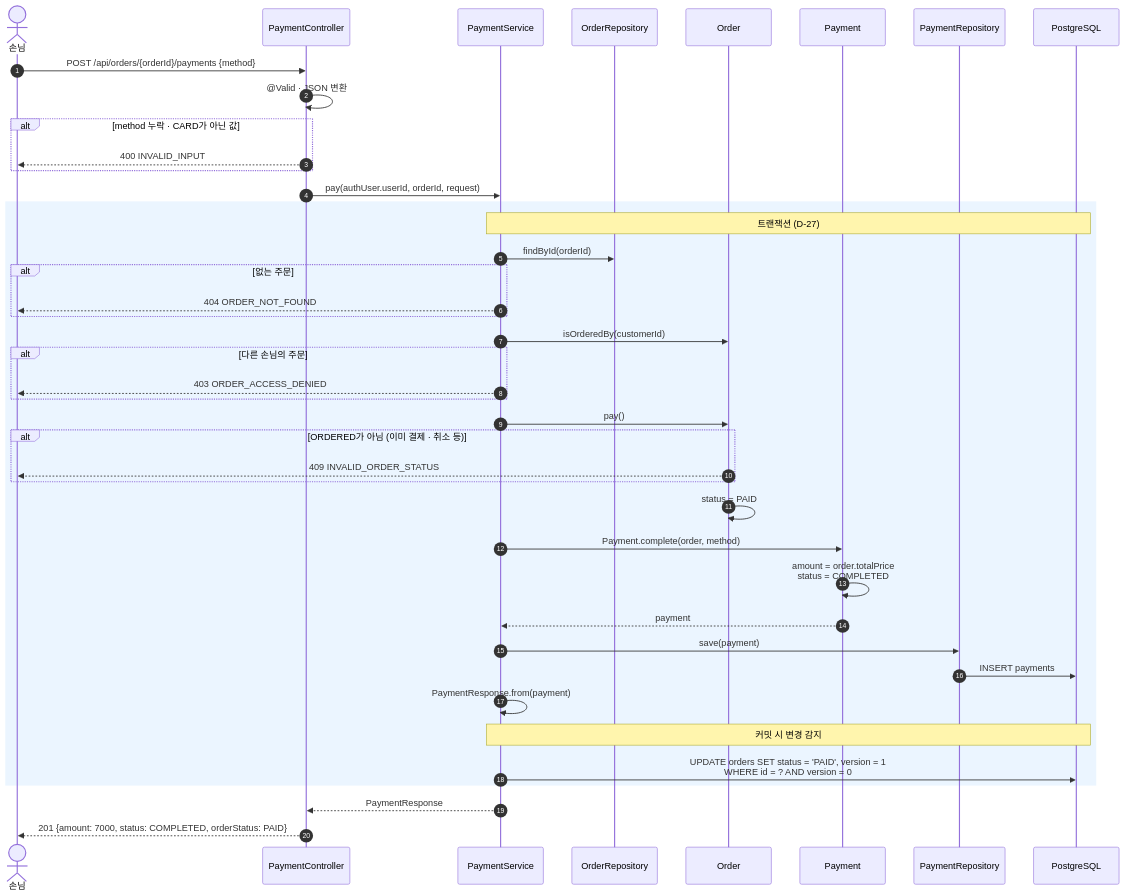
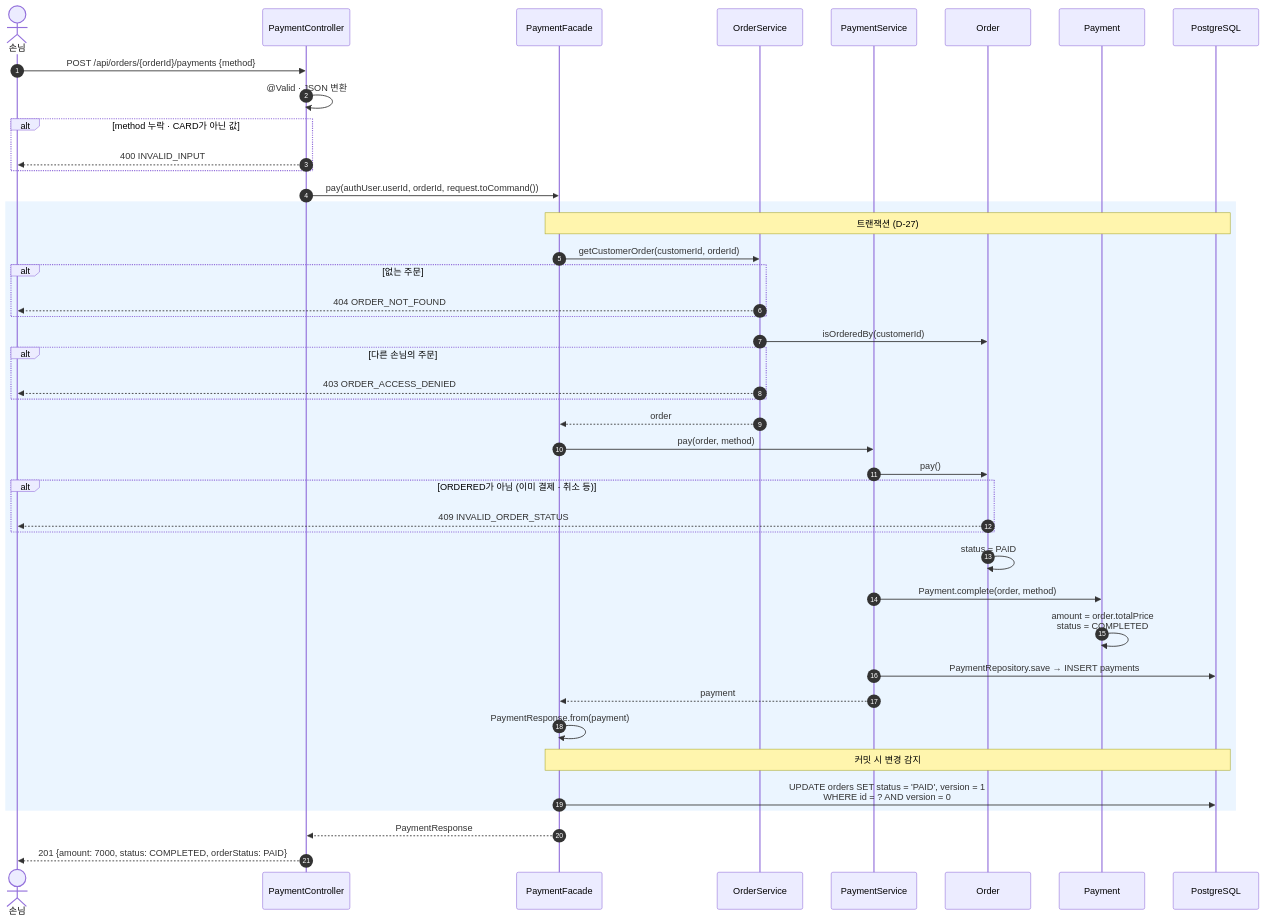
Before and after one commit to dd-jiny/delivery-order-backend: the fifth of 6 diagrams in docs/design/05-sequence-diagram.md, drawn with Mermaid. The commit also changed other lines of this file and 39 other files, not shown here.

First line of the commit message:
refactor: 4계층 구조 정리 (Repository 분리, Facade 도입, DTO·enum 경계 정리)

````diff
--- a/docs/design/05-sequence-diagram.md
+++ b/docs/design/05-sequence-diagram.md
@@ -208,47 +219,48 @@
 ```mermaid
 sequenceDiagram
     autonumber
     actor U as 손님
     participant C as PaymentController
-    participant S as PaymentService
-    participant OR as OrderRepository
+    participant FA as PaymentFacade
+    participant OS as OrderService
+    participant PS as PaymentService
     participant O as Order
     participant P as Payment
-    participant PR as PaymentRepository
     participant DB as PostgreSQL
 
     U->>C: POST /api/orders/{orderId}/payments {method}
     C->>C: @Valid · JSON 변환
     alt method 누락 · CARD가 아닌 값
         C-->>U: 400 INVALID_INPUT
     end
-    C->>S: pay(authUser.userId, orderId, request)
+    C->>FA: pay(authUser.userId, orderId, request.toCommand())
 
     rect rgb(235, 245, 255)
-    Note over S,DB: 트랜잭션 (D-27)
-    S->>OR: findById(orderId)
+    Note over FA,DB: 트랜잭션 (D-27)
+    FA->>OS: getCustomerOrder(customerId, orderId)
     alt 없는 주문
-        S-->>U: 404 ORDER_NOT_FOUND
+        OS-->>U: 404 ORDER_NOT_FOUND
     end
-    S->>O: isOrderedBy(customerId)
+    OS->>O: isOrderedBy(customerId)
     alt 다른 손님의 주문
-        S-->>U: 403 ORDER_ACCESS_DENIED
+        OS-->>U: 403 ORDER_ACCESS_DENIED
     end
-    S->>O: pay()
+    OS-->>FA: order
+    FA->>PS: pay(order, method)
+    PS->>O: pay()
     alt ORDERED가 아님 (이미 결제 · 취소 등)
         O-->>U: 409 INVALID_ORDER_STATUS
     end
     O->>O: status = PAID
-    S->>P: Payment.complete(order, method)
+    PS->>P: Payment.complete(order, method)
     P->>P: amount = order.totalPrice<br>status = COMPLETED
-    P-->>S: payment
-    S->>PR: save(payment)
-    PR->>DB: INSERT payments
-    S->>S: PaymentResponse.from(payment)
-    Note over S,DB: 커밋 시 변경 감지
-    S->>DB: UPDATE orders SET status = 'PAID', version = 1<br>WHERE id = ? AND version = 0
+    PS->>DB: PaymentRepository.save → INSERT payments
+    PS-->>FA: payment
+    FA->>FA: PaymentResponse.from(payment)
+    Note over FA,DB: 커밋 시 변경 감지
+    FA->>DB: UPDATE orders SET status = 'PAID', version = 1<br>WHERE id = ? AND version = 0
     end
 
-    S-->>C: PaymentResponse
+    FA-->>C: PaymentResponse
     C-->>U: 201 {amount: 7000, status: COMPLETED, orderStatus: PAID}
 ```
````
